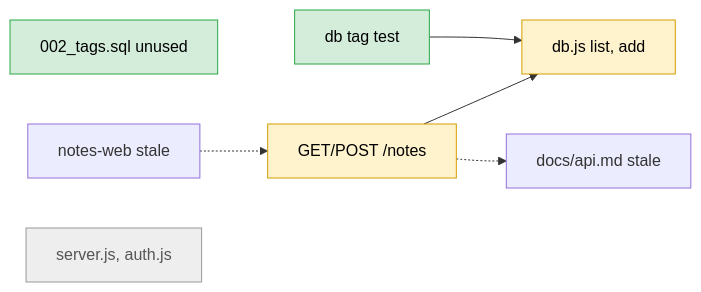
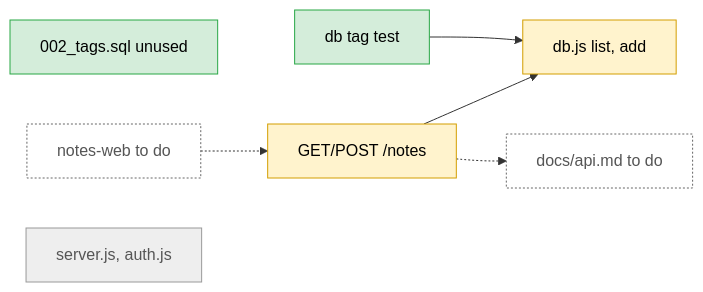
Before and after one commit to BaiGanio/skills: the fourth of 5 diagrams in skills/blast-radius/examples/example-before-after.md, drawn with Mermaid. The commit also changed other lines of this file and 2 other files, not shown here.

Commit message:
Diagrams: add a todo style for work still to do
AFTER diagrams mark a file or a whole repo that must change but did not
(Missed, or should-change) with the todo class: white, dotted border,
label ends with "to do". ASCII uses [to do]. The example impact map
uses it for docs/api.md and notes-web.
Fixes #23.

````diff
--- a/skills/blast-radius/examples/example-before-after.md
+++ b/skills/blast-radius/examples/example-before-after.md
@@ -159,15 +159,14 @@
 ```mermaid
 flowchart LR
   Route[GET/POST /notes]:::m --> Store[db.js list, add]:::m
   Test[db tag test]:::s --> Store
   Mig[002_tags.sql unused]:::s
-  Route -.-> Doc[docs/api.md stale]
-  Web[notes-web stale] -.-> Route
+  Route -.-> Doc[docs/api.md to do]
+  Web[notes-web to do] -.-> Route
   Server[server.js, auth.js]:::same
-  class Doc same,surprise
-  class Web same,surprise
+  class Doc,Web todo
   classDef s fill:#d4edda,stroke:#28a745,color:#000
   classDef m fill:#fff3cd,stroke:#d39e00,color:#000
   classDef same fill:#eeeeee,stroke:#999999,color:#555
-  classDef surprise stroke-dasharray: 5 5
+  classDef todo fill:#ffffff,stroke:#666666,color:#555,stroke-dasharray: 2 2
 ```
````
